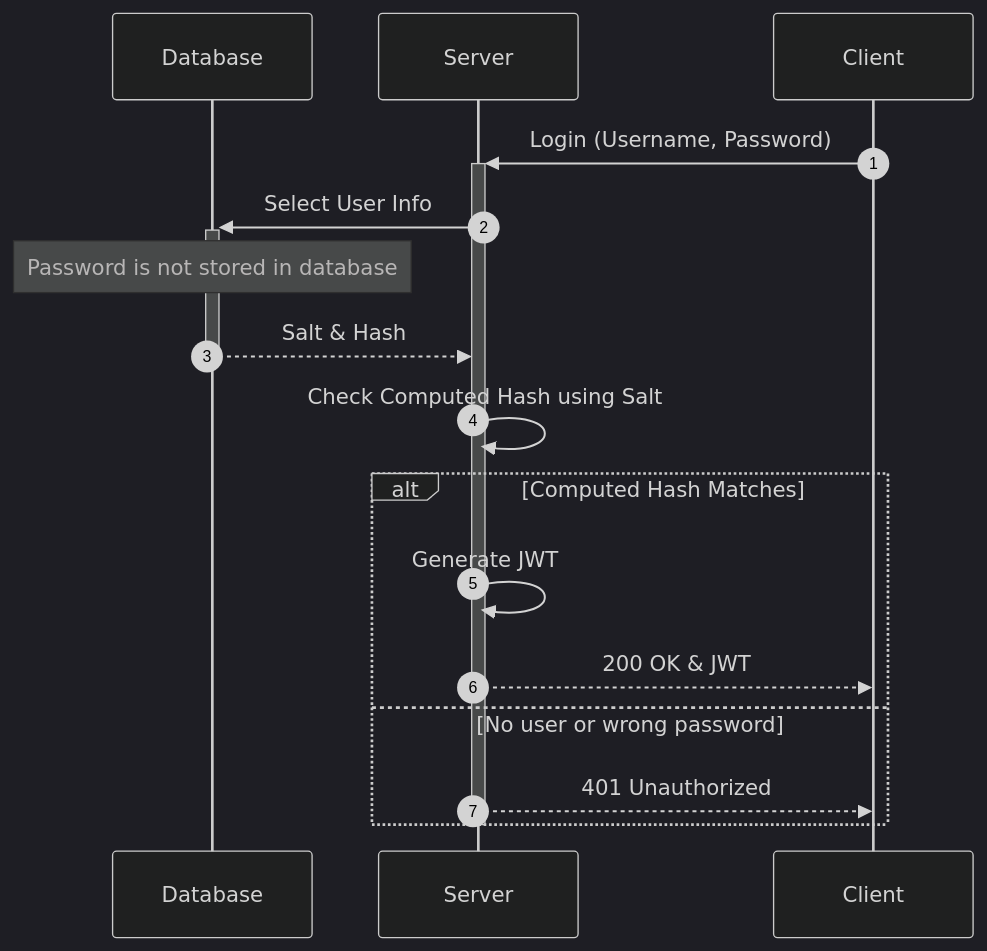
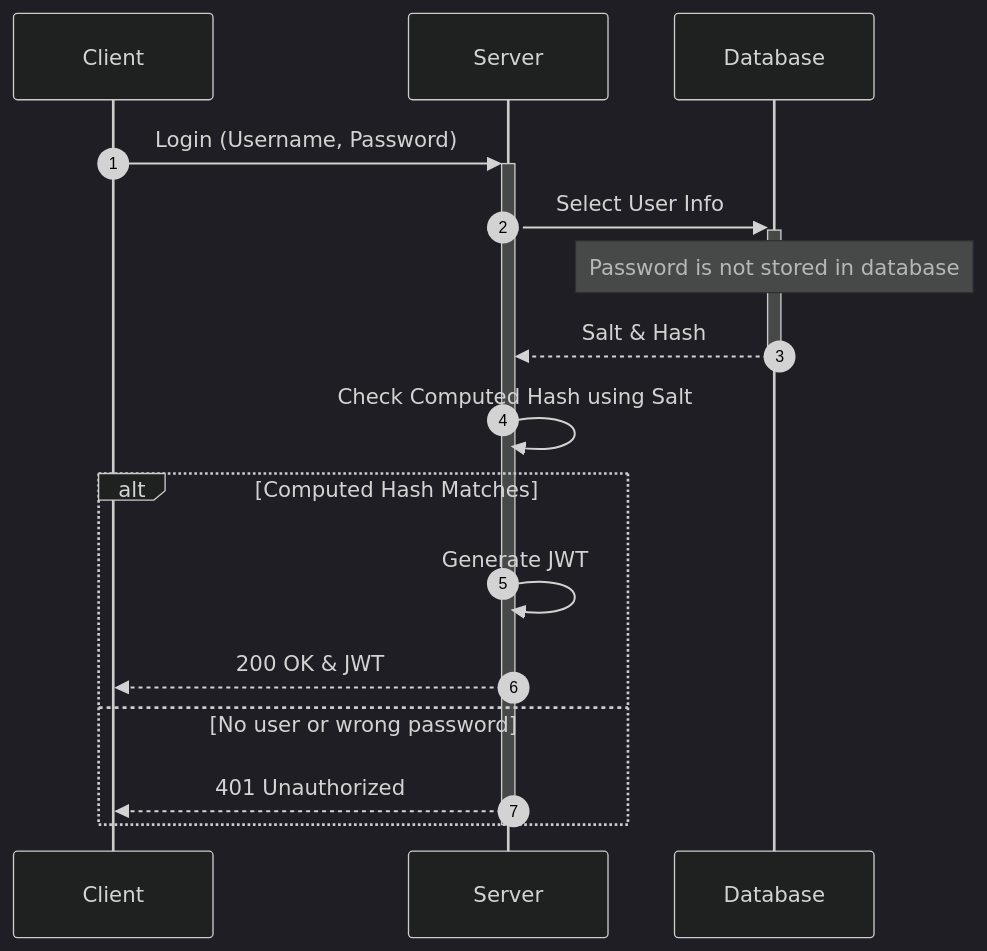
One commit to jfang88/SampleDiagrams changed the diagram in TestSequence.md. Above: the diagram before and after it, drawn with Mermaid (dark theme).

````diff
--- a/TestSequence.md
+++ b/TestSequence.md
@@ -1,24 +1,25 @@
 ```mermaid
 
 sequenceDiagram
 
     autonumber
+
+    participant C as Client
+    participant S as Server
     participant DB as Database
-    participant S as Server
-    participant C as Client
-
+    
     C->>+S: Login (Username, Password)
     S->>+DB: Select User Info
     note over DB: Password is not stored in database
     DB-->>-S: Salt & Hash
     S->>S: Check Computed Hash using Salt
     alt Computed Hash Matches
         S->>S: Generate JWT
         S-->>C: 200 OK & JWT
     else No user or wrong password
         S-->>C: 401 Unauthorized
     end
     deactivate S
 
 
 ```
````
